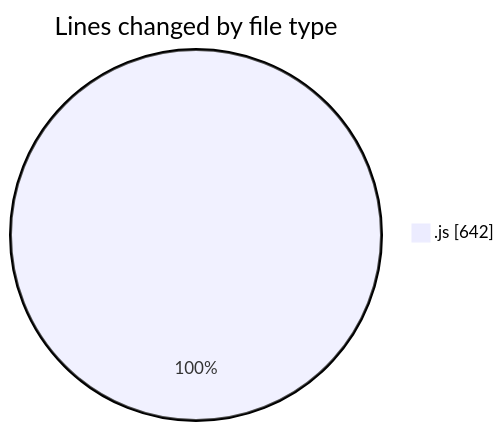
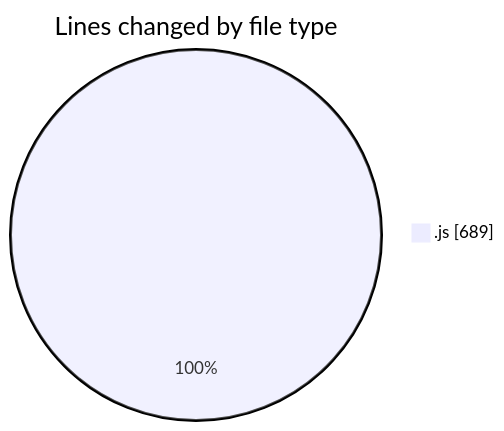
The first of 2 diagrams in 2025-06-19/nxtqube_webapp/README.md (nxtqubesakshisongat/code-tracking), drawn with Mermaid before and after one commit. The commit also changed other lines of this file and 1 other file, not shown here.

````diff
--- a/2025-06-19/nxtqube_webapp/README.md
+++ b/2025-06-19/nxtqube_webapp/README.md
@@ -29,5 +29,5 @@
 ```mermaid
 pie showData
 title Lines changed by file type
-".js" : 642
+".js" : 689
 ```
````
